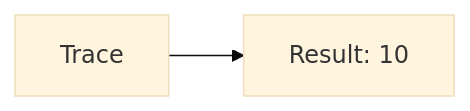
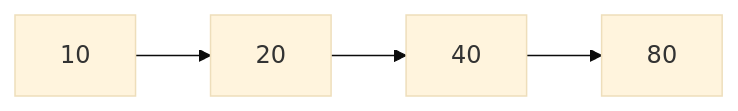
Before and after one commit to amnahwaida/OSNK_INF_PREP: the ninth of 10 diagrams in part-c-pemahaman-cpp/03-perulangan/latihan/set-05.md, drawn with Mermaid (base theme). The commit also changed other lines of this file and 12 other files, not shown here.

Commit message:
Premium Overhaul: Module 03 (50 high-quality Loop questions with Mermaid diagrams)

````diff
--- a/part-c-pemahaman-cpp/03-perulangan/latihan/set-05.md
+++ b/part-c-pemahaman-cpp/03-perulangan/latihan/set-05.md
@@ -106,4 +293,4 @@
 ```mermaid
 graph LR
-A[Trace] --> B[Result: 10]
+A["10"] --> B["20"] --> C["40"] --> D["80"]
 ```
````
